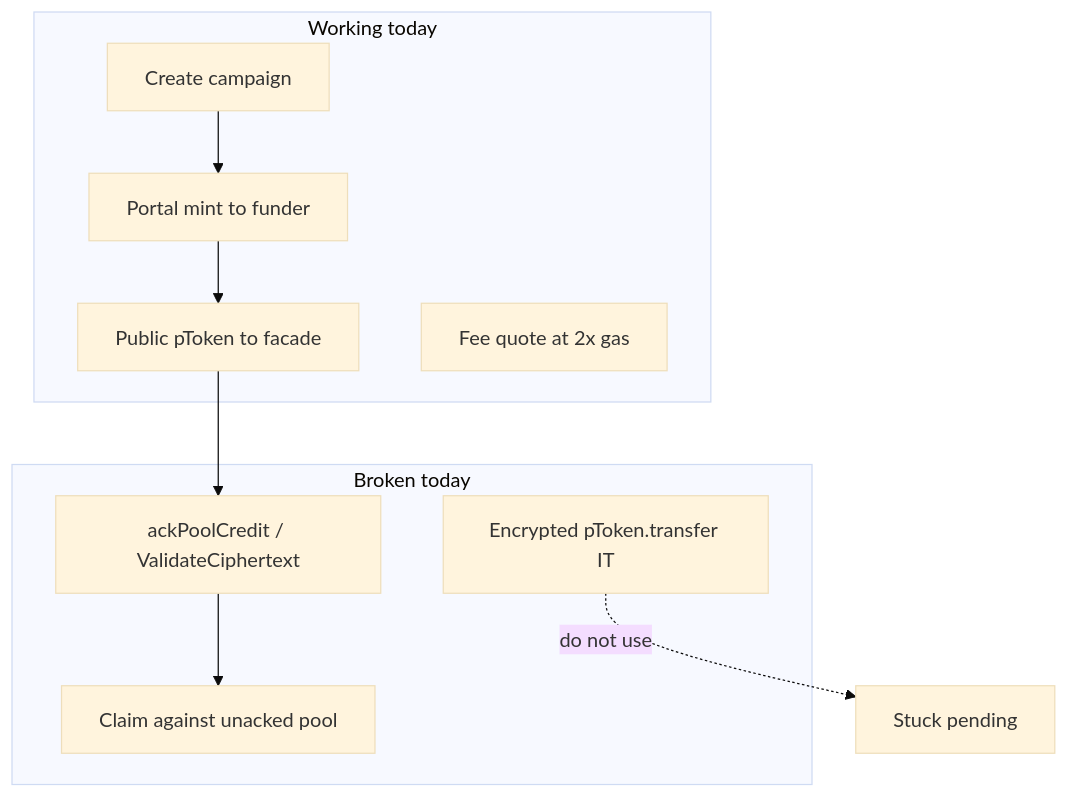
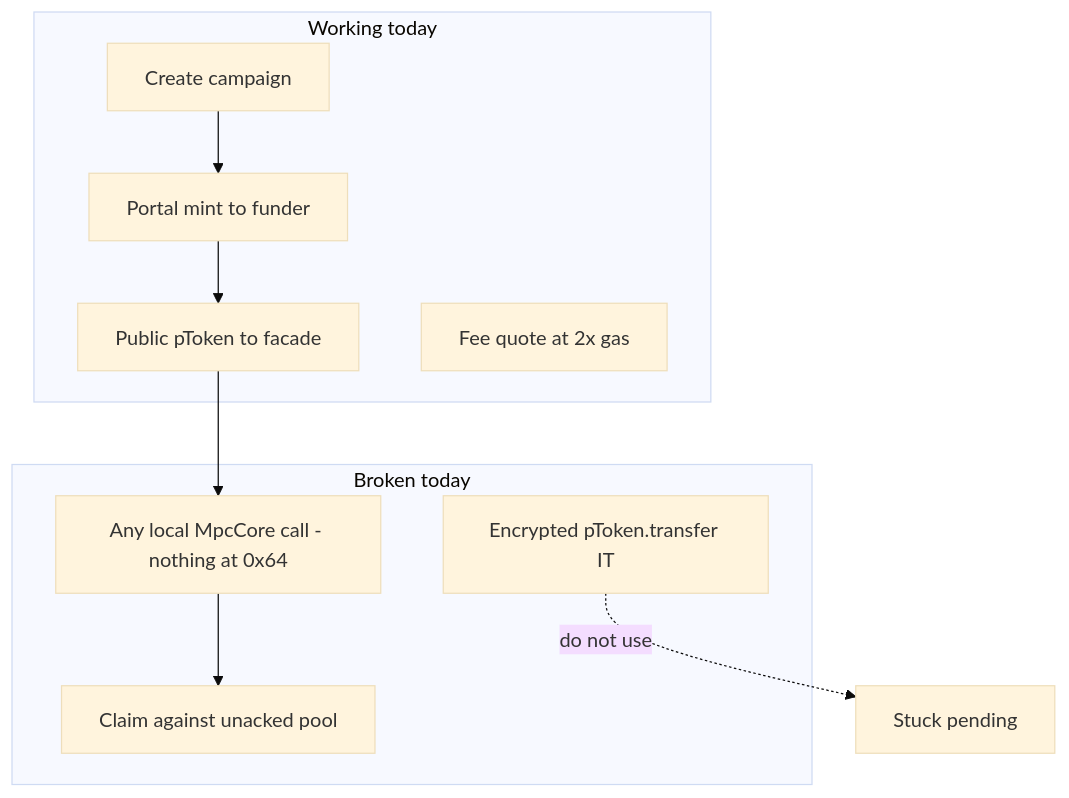
Before and after one commit to cotitech-io/hrpayroll-ui: the fourth of 4 diagrams in ui/docs/fundCampaign.md, drawn with Mermaid (base theme). The commit also changed other lines of this file and 1 other file, not shown here.

First line of the commit message:
Correct ackPoolCredit root cause: no code at 0x64 on Fuji, not missing MPC registration

````diff
--- a/ui/docs/fundCampaign.md
+++ b/ui/docs/fundCampaign.md
@@ -175,20 +198,20 @@
 ```mermaid
 flowchart TB
   subgraph works [Working today]
     W1[Create campaign]
     W2[Portal mint to funder]
     W3[Public pToken to facade]
     W4[Fee quote at 2x gas]
   end
 
   subgraph breaks [Broken today]
     B1[Encrypted pToken.transfer IT]
-    B2[ackPoolCredit / ValidateCiphertext]
+    B2[Any local MpcCore call - nothing at 0x64]
     B3[Claim against unacked pool]
   end
 
   W1 --> W2 --> W3
   W3 --> B2
   B2 --> B3
   B1 -.->|do not use| Dead[Stuck pending]
 ```
````
